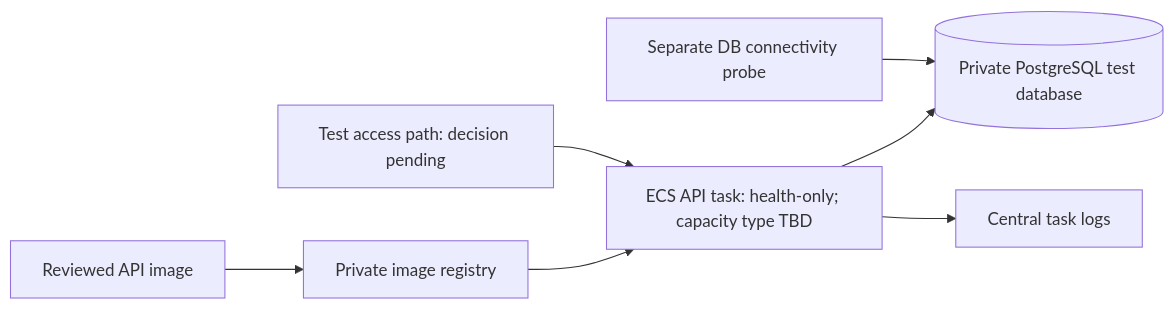
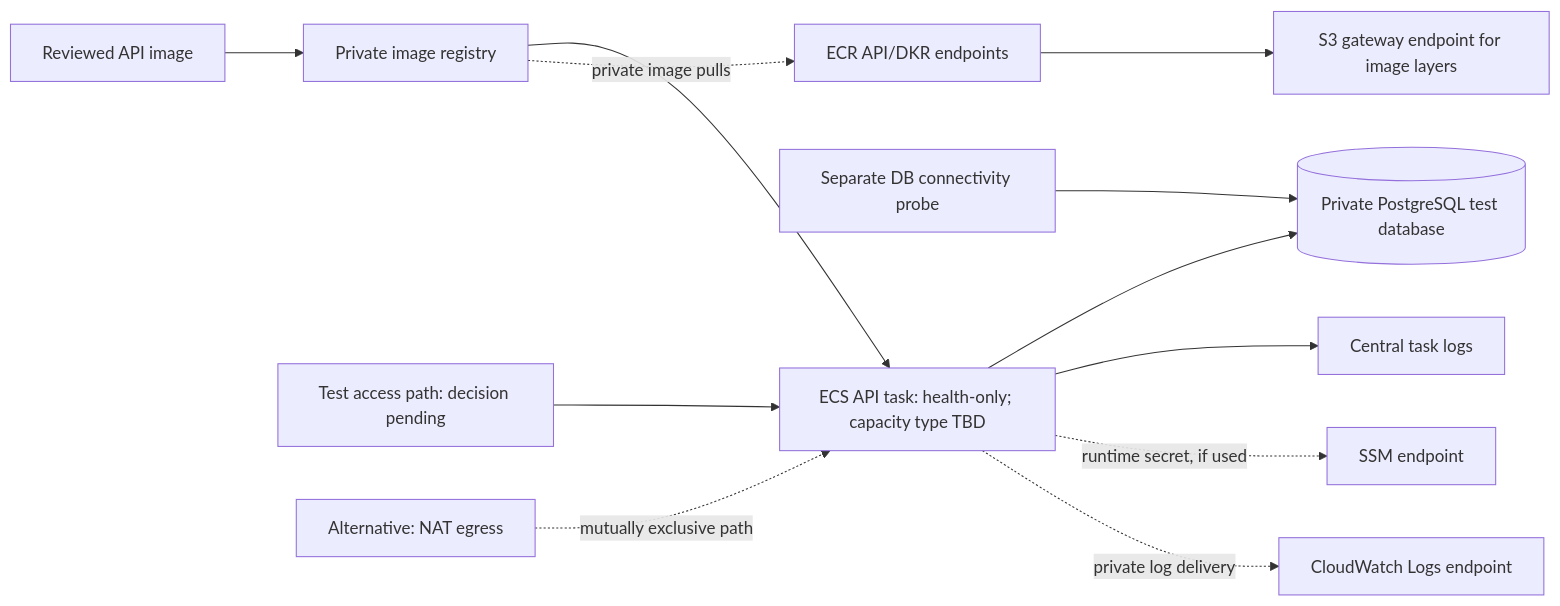
Before and after one commit to exocrat/clip: the diagram in docs/environment/shared-test-foundation-proposal.md, drawn with Mermaid. The commit also changed other lines of this file and 1 other file, not shown here.

````diff
--- a/docs/environment/shared-test-foundation-proposal.md
+++ b/docs/environment/shared-test-foundation-proposal.md
@@ -20,9 +20,14 @@
 ```mermaid
 flowchart LR
     Image[Reviewed API image] --> Registry[Private image registry]
     Registry --> API[ECS API task: health-only; capacity type TBD]
     API --> DB[(Private PostgreSQL test database)]
     API --> Logs[Central task logs]
     Access[Test access path: decision pending] --> API
     Probe[Separate DB connectivity probe] --> DB
+    Registry -. private image pulls .-> ECR[ECR API/DKR endpoints]
+    ECR --> S3[S3 gateway endpoint for image layers]
+    API -. runtime secret, if used .-> SSM[SSM endpoint]
+    API -. private log delivery .-> CW[CloudWatch Logs endpoint]
+    Egress[Alternative: NAT egress] -. mutually exclusive path .-> API
 ```
````
